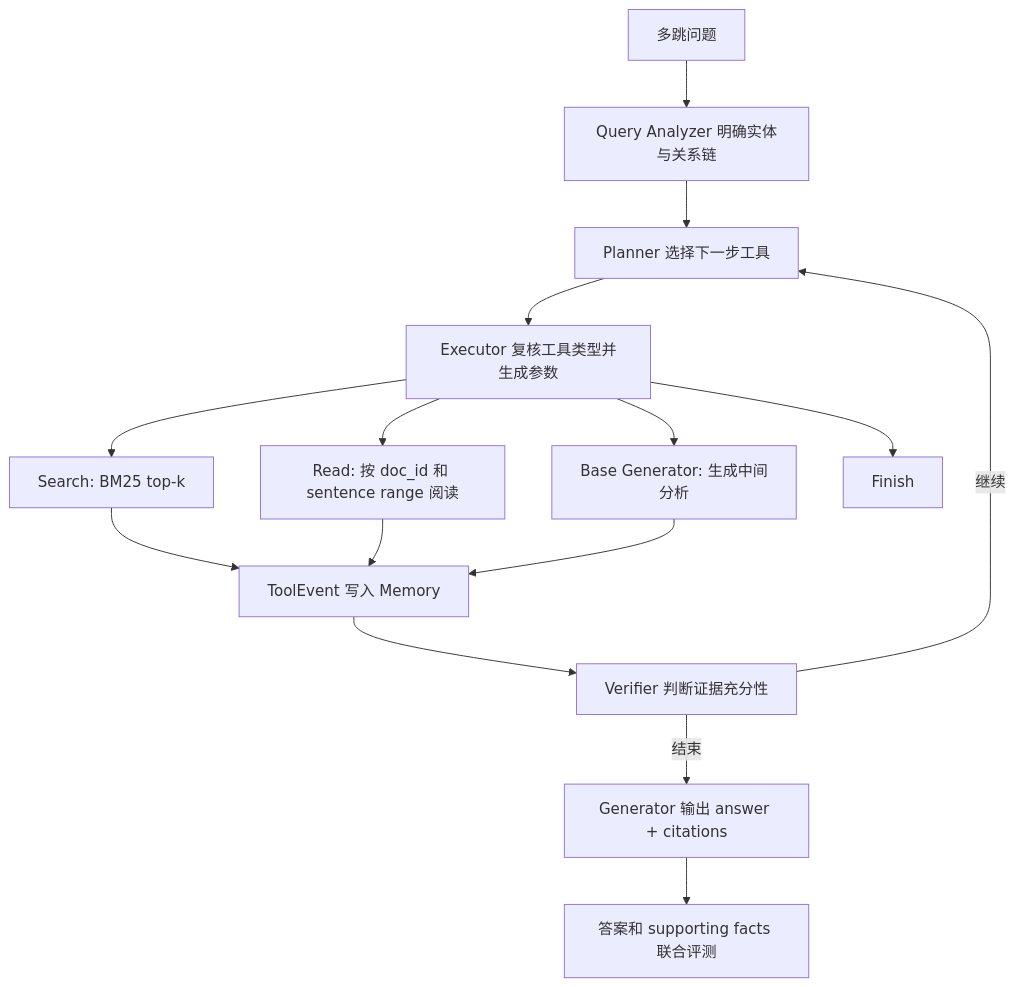
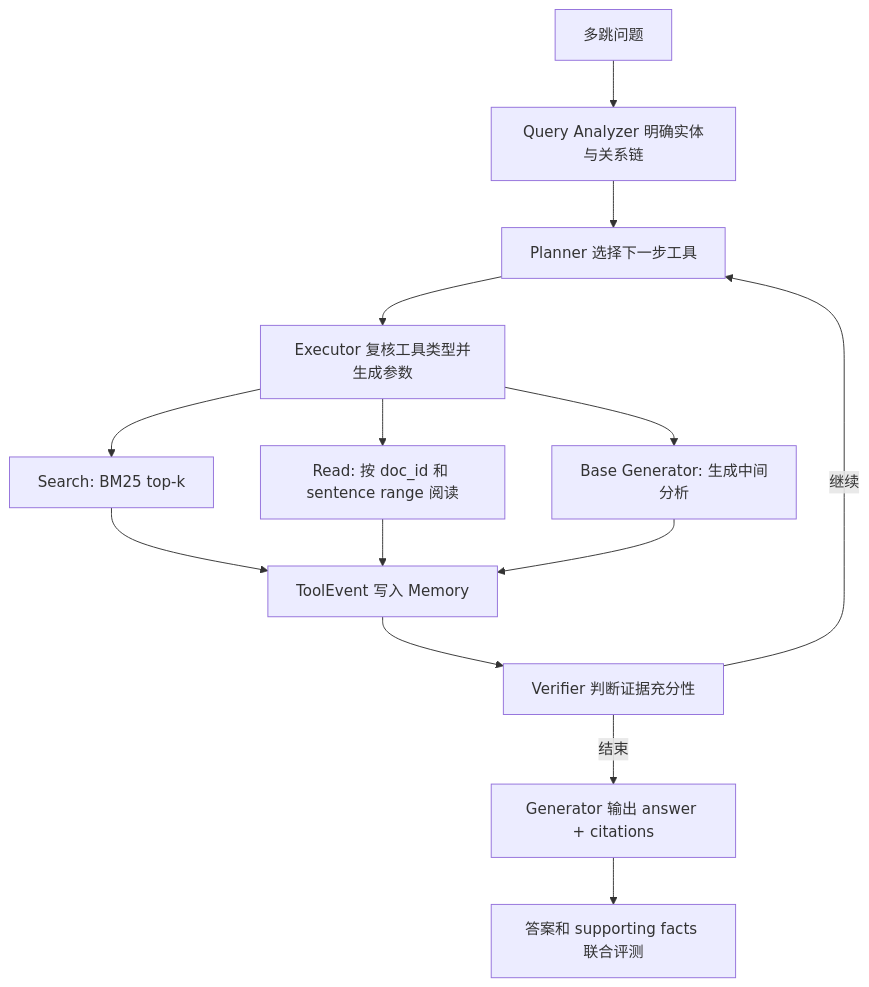
Before and after one commit to beibeizzz/agentflow: the second of 3 diagrams in docs/project_guide/03_four_task_flows.md, drawn with Mermaid. The commit also changed other lines of this file and 61 other files, not shown here.

````diff
--- a/docs/project_guide/03_four_task_flows.md
+++ b/docs/project_guide/03_four_task_flows.md
@@ -84,17 +87,16 @@
 ```mermaid
 flowchart TD
     Q[多跳问题] --> A[Query Analyzer 明确实体与关系链]
     A --> P[Planner 选择下一步工具]
     P --> E[Executor 复核工具类型并生成参数]
     E --> S[Search: BM25 top-k]
     E --> D[Read: 按 doc_id 和 sentence range 阅读]
     E --> B[Base Generator: 生成中间分析]
-    E --> F[Finish]
     S --> M[ToolEvent 写入 Memory]
     D --> M
     B --> M
     M --> V[Verifier 判断证据充分性]
     V -->|继续| P
     V -->|结束| G[Generator 输出 answer + citations]
     G --> R[答案和 supporting facts 联合评测]
 ```
````
